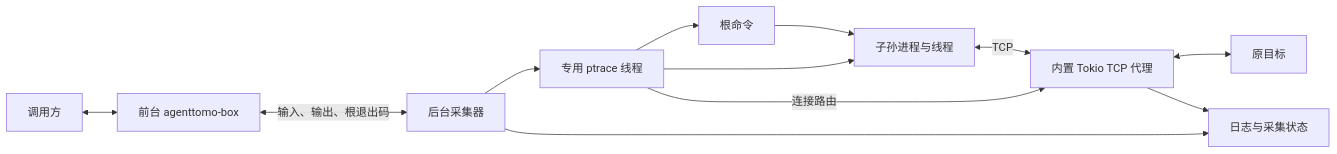
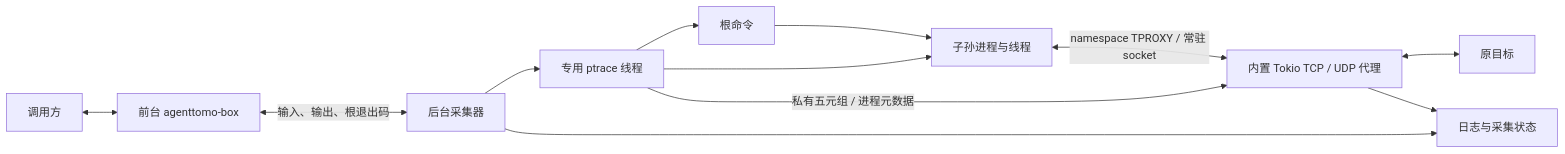
The diagram in crates/agenttomo-box/README.md (nullptrpanic/AgentTomo), drawn with Mermaid before and after one commit. The commit also changed other lines of this file and 119 other files, not shown here.

````diff
--- a/crates/agenttomo-box/README.md
+++ b/crates/agenttomo-box/README.md
@@ -101,14 +170,14 @@
 ```mermaid
 flowchart LR
     Caller[调用方] <--> CLI[前台 agenttomo-box]
     CLI <-->|输入、输出、根退出码| Worker[后台采集器]
     Worker --> Tracer[专用 ptrace 线程]
     Worker --> Logs[日志与采集状态]
     Tracer --> Root[根命令]
     Root --> Children[子孙进程与线程]
     Tracer --> Children
-    Tracer -->|连接路由| Proxy[内置 Tokio TCP 代理]
-    Children <-->|TCP| Proxy
+    Tracer -->|私有五元组 / 进程元数据| Proxy[内置 Tokio TCP / UDP 代理]
+    Children <-->|namespace TPROXY / 常驻 socket| Proxy
     Proxy <--> Remote[原目标]
     Proxy --> Logs
 ```
````
